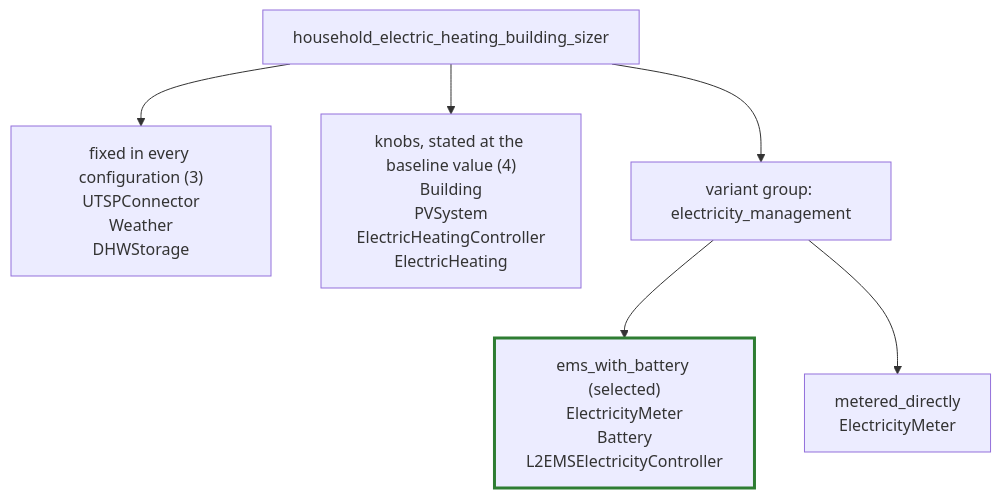
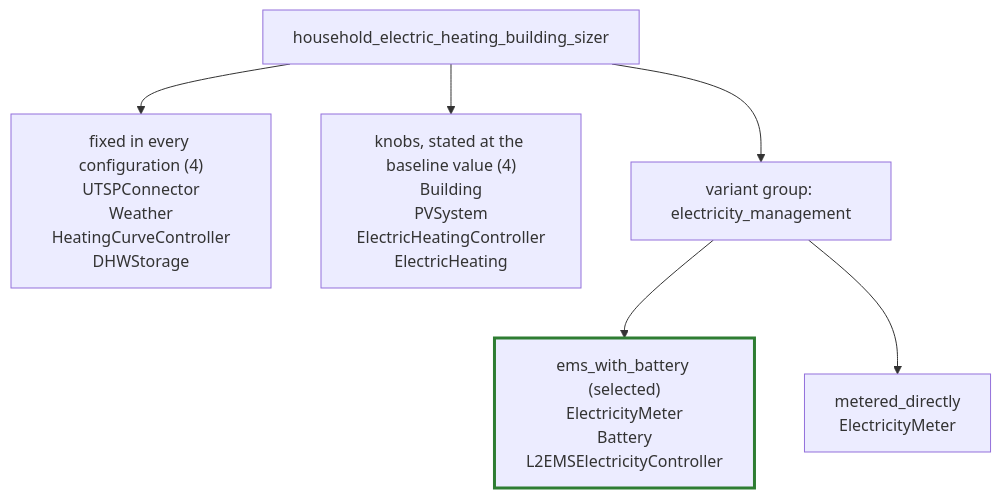
One commit to FZJ-IEK3-VSA/HiSim changed the second of 22 diagrams in roadmap/declarative_energy_systems/grouping_overview.md. Above: the diagram before and after it, drawn with Mermaid. The commit also changed other lines of this file and 17 other files, not shown here.

First line of the commit message:
The electric heater's controller reads the heating season from the heating curve, which now owns the heating threshold in every twin (#931)

````diff
--- a/roadmap/declarative_energy_systems/grouping_overview.md
+++ b/roadmap/declarative_energy_systems/grouping_overview.md
@@ -108,18 +108,18 @@
 ```mermaid
 flowchart TD
     setup["household_electric_heating_building_sizer"]
-    fixed["fixed in every configuration (3)<br/>UTSPConnector<br/>Weather<br/>DHWStorage"]
+    fixed["fixed in every configuration (4)<br/>UTSPConnector<br/>Weather<br/>HeatingCurveController<br/>DHWStorage"]
     knobs["knobs, stated at the baseline value (4)<br/>Building<br/>PVSystem<br/>ElectricHeatingController<br/>ElectricHeating"]
     group1["variant group: electricity_management"]
     optA["ems_with_battery (selected)<br/>ElectricityMeter<br/>Battery<br/>L2EMSElectricityController"]
     optB["metered_directly<br/>ElectricityMeter"]
 
     setup --> fixed
     setup --> knobs
     setup --> group1
     group1 --> optA
     group1 --> optB
 
     classDef selected stroke:#2e7d32,stroke-width:3px;
     class optA selected;
 ```
````
